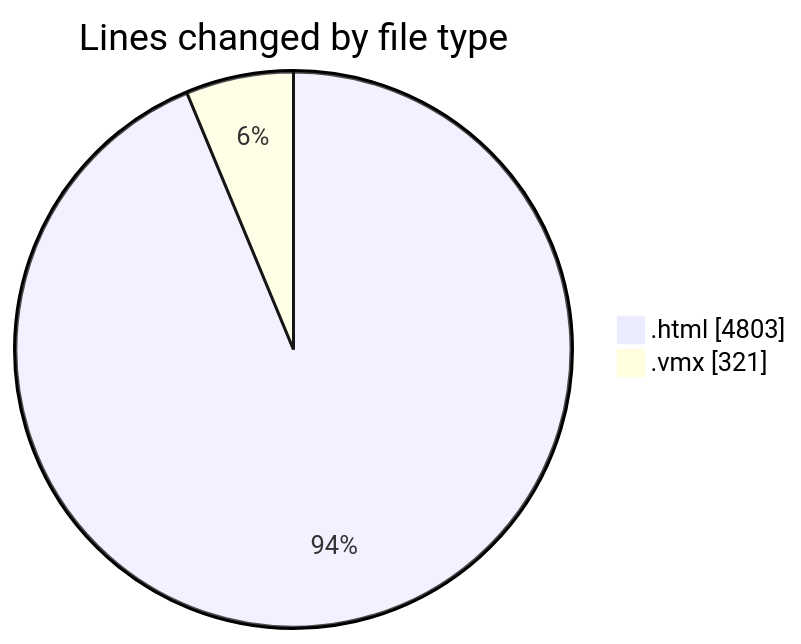
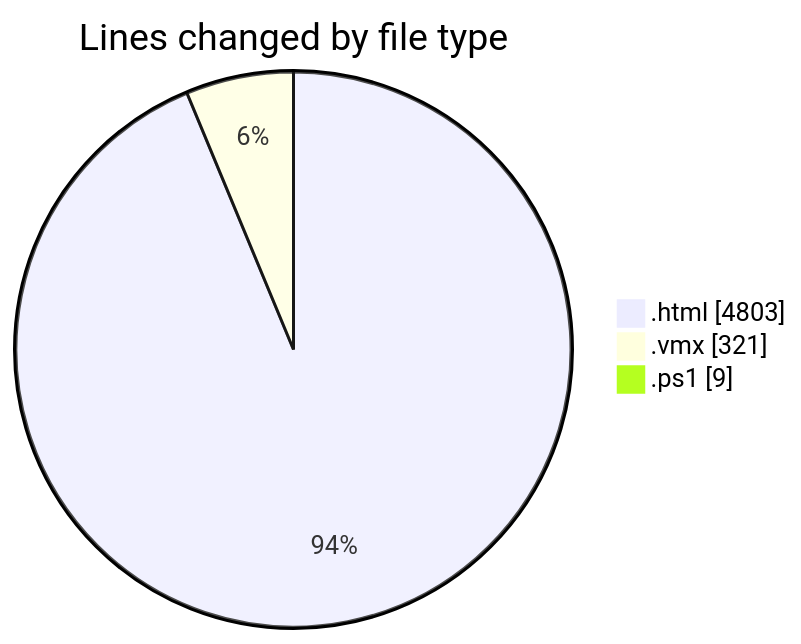
One commit to shibass792/code-tracking changed the first of 2 diagrams in 2026-07-13/untitled__workspace_/README.md. Above: the diagram before and after it, drawn with Mermaid. The commit also changed other lines of this file and 1 other file, not shown here.

````diff
--- a/2026-07-13/untitled__workspace_/README.md
+++ b/2026-07-13/untitled__workspace_/README.md
@@ -22,6 +23,7 @@
 ```mermaid
 pie showData
 title Lines changed by file type
 ".html" : 4803
 ".vmx" : 321
+".ps1" : 9
 ```
````
